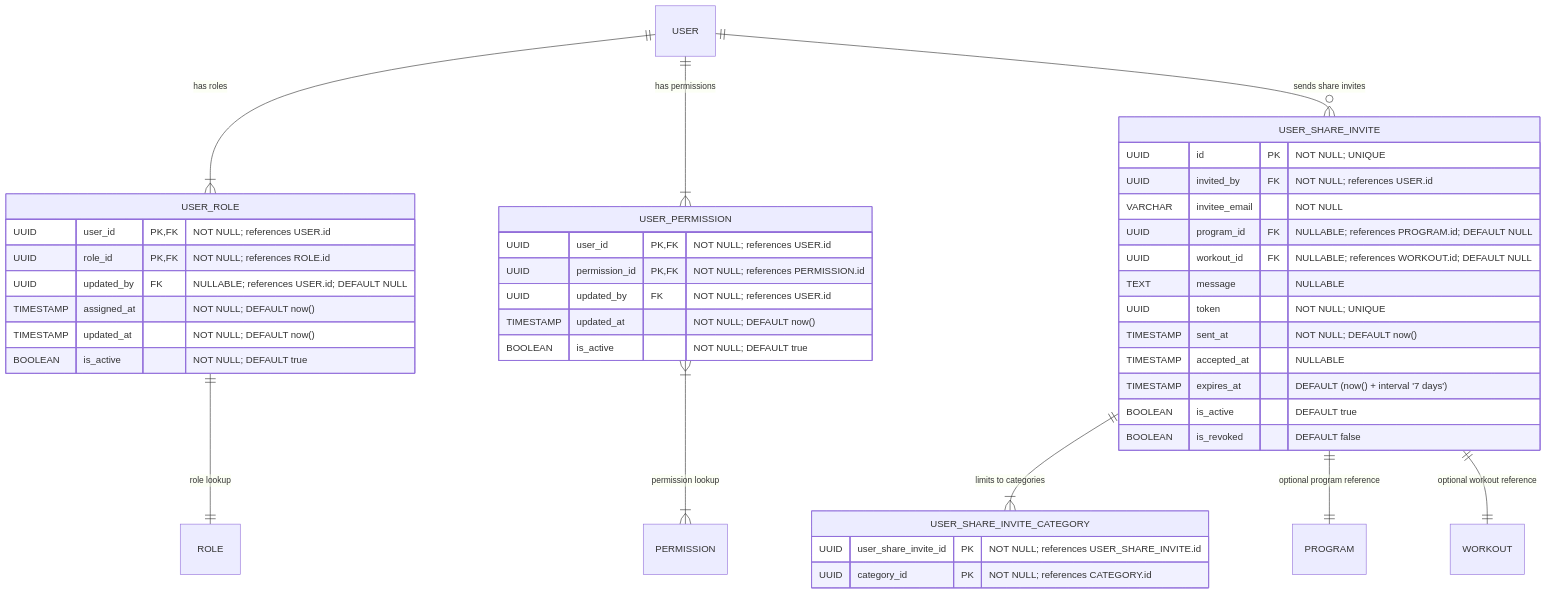
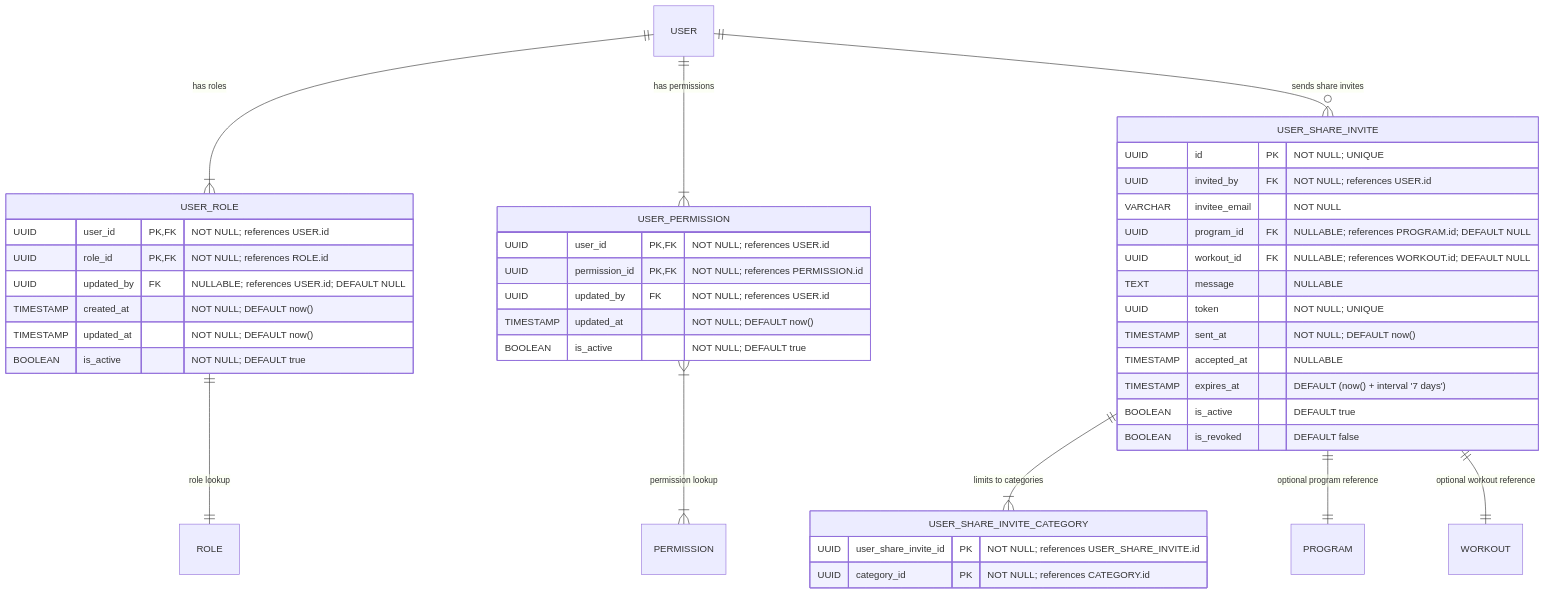
Before and after one commit to Dratharias/Motriforge: the diagram in docs/user/user_roles_permissions_access_control.md, drawn with Mermaid. The commit also changed 31 other files, not shown here.

````diff
--- a/docs/user/user_roles_permissions_access_control.md
+++ b/docs/user/user_roles_permissions_access_control.md
@@ -8,54 +8,54 @@
 ```mermaid
 erDiagram
   %%=== Layer 2: Roles, Permissions, and Sharing ===%%
 
   %%— Many-to-many between USER and ROLE/ PERMISSION —
   USER_ROLE {
     UUID user_id PK,FK                "NOT NULL; references USER.id"
     UUID role_id PK,FK                "NOT NULL; references ROLE.id"
     UUID updated_by FK               "NULLABLE; references USER.id; DEFAULT NULL"
-    TIMESTAMP assigned_at            "NOT NULL; DEFAULT now()"
+    TIMESTAMP created_at            "NOT NULL; DEFAULT now()"
     TIMESTAMP updated_at             "NOT NULL; DEFAULT now()"
     BOOLEAN is_active                "NOT NULL; DEFAULT true"
   }
 
   USER_PERMISSION {
     UUID user_id PK,FK                "NOT NULL; references USER.id"
     UUID permission_id PK,FK          "NOT NULL; references PERMISSION.id"
     UUID updated_by FK                "NOT NULL; references USER.id"
     TIMESTAMP updated_at             "NOT NULL; DEFAULT now()"
     BOOLEAN is_active                "NOT NULL; DEFAULT true"
   }
 
   %%— Sharing and Invites —
   USER_SHARE_INVITE {
     UUID id PK                        "NOT NULL; UNIQUE"
     UUID invited_by FK                "NOT NULL; references USER.id"
     VARCHAR invitee_email             "NOT NULL"
     UUID program_id FK                "NULLABLE; references PROGRAM.id; DEFAULT NULL"
     UUID workout_id FK                "NULLABLE; references WORKOUT.id; DEFAULT NULL"
     TEXT message                      "NULLABLE"
     UUID token                        "NOT NULL; UNIQUE"
     TIMESTAMP sent_at                 "NOT NULL; DEFAULT now()"
     TIMESTAMP accepted_at             "NULLABLE"
     TIMESTAMP expires_at              "DEFAULT (now() + interval '7 days')"
     BOOLEAN is_active                 "DEFAULT true"
     BOOLEAN is_revoked                "DEFAULT false"
   }
 
   USER_SHARE_INVITE_CATEGORY {
     UUID user_share_invite_id PK "NOT NULL; references USER_SHARE_INVITE.id"
     UUID category_id PK          "NOT NULL; references CATEGORY.id"
   }
 
   %%— Relationships —
   USER ||--|{ USER_ROLE             : "has roles"
   USER ||--|{ USER_PERMISSION       : "has permissions"
   USER ||--o{ USER_SHARE_INVITE     : "sends share invites"
   USER_SHARE_INVITE ||--|{ USER_SHARE_INVITE_CATEGORY : "limits to categories"
   USER_SHARE_INVITE ||--|| PROGRAM  : "optional program reference"
   USER_SHARE_INVITE ||--|| WORKOUT  : "optional workout reference"
   USER_ROLE ||--|| ROLE : "role lookup"
   USER_PERMISSION }|--|{ PERMISSION : "permission lookup"
 	
 ```
````
